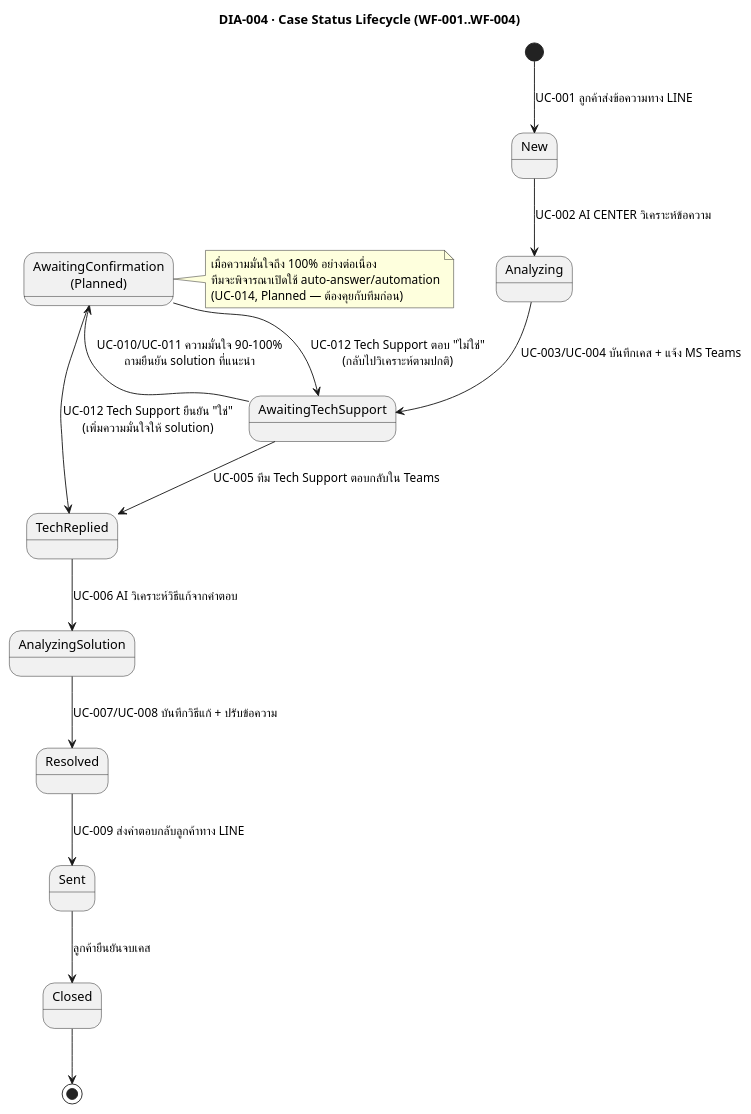
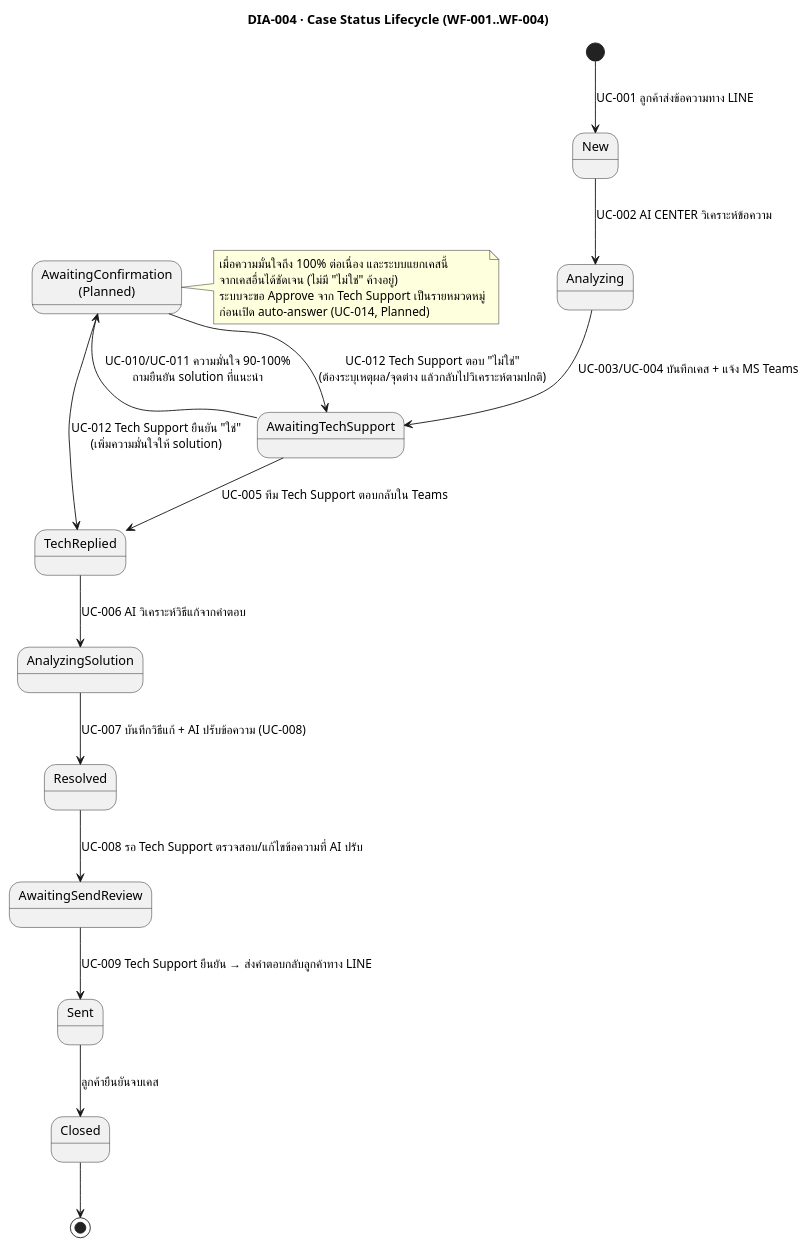
Before and after one commit to develyst1/the-off-ml-project-requirement: the diagram in diagrams/04-case-status-state.puml, drawn with PlantUML. The commit also changed 11 other files, not shown here.

```diff
--- a/diagrams/04-case-status-state.puml
+++ b/diagrams/04-case-status-state.puml
@@ -1,29 +1,31 @@
 @startuml 04-case-status-state
 title DIA-004 · Case Status Lifecycle (WF-001..WF-004)
 skinparam shadowing false
 
 [*] --> New : UC-001 ลูกค้าส่งข้อความทาง LINE
 
 New --> Analyzing : UC-002 AI CENTER วิเคราะห์ข้อความ
 Analyzing --> AwaitingTechSupport : UC-003/UC-004 บันทึกเคส + แจ้ง MS Teams
 
 AwaitingTechSupport --> TechReplied : UC-005 ทีม Tech Support ตอบกลับใน Teams
 TechReplied --> AnalyzingSolution : UC-006 AI วิเคราะห์วิธีแก้จากคำตอบ
-AnalyzingSolution --> Resolved : UC-007/UC-008 บันทึกวิธีแก้ + ปรับข้อความ
-Resolved --> Sent : UC-009 ส่งคำตอบกลับลูกค้าทาง LINE
+AnalyzingSolution --> Resolved : UC-007 บันทึกวิธีแก้ + AI ปรับข้อความ (UC-008)
+Resolved --> AwaitingSendReview : UC-008 รอ Tech Support ตรวจสอบ/แก้ไขข้อความที่ AI ปรับ
+AwaitingSendReview --> Sent : UC-009 Tech Support ยืนยัน → ส่งคำตอบกลับลูกค้าทาง LINE
 Sent --> Closed : ลูกค้ายืนยันจบเคส
 
 state "AwaitingConfirmation\n(Planned)" as AwaitingConfirmation
 AwaitingTechSupport --> AwaitingConfirmation : UC-010/UC-011 ความมั่นใจ 90-100%\nถามยืนยัน solution ที่แนะนำ
 AwaitingConfirmation --> TechReplied : UC-012 Tech Support ยืนยัน "ใช่"\n(เพิ่มความมั่นใจให้ solution)
-AwaitingConfirmation --> AwaitingTechSupport : UC-012 Tech Support ตอบ "ไม่ใช่"\n(กลับไปวิเคราะห์ตามปกติ)
+AwaitingConfirmation --> AwaitingTechSupport : UC-012 Tech Support ตอบ "ไม่ใช่"\n(ต้องระบุเหตุผล/จุดต่าง แล้วกลับไปวิเคราะห์ตามปกติ)
 
 Closed --> [*]
 
 note right of AwaitingConfirmation
-  เมื่อความมั่นใจถึง 100% อย่างต่อเนื่อง
-  ทีมจะพิจารณาเปิดใช้ auto-answer/automation
-  (UC-014, Planned — ต้องคุยกับทีมก่อน)
+  เมื่อความมั่นใจถึง 100% ต่อเนื่อง และระบบแยกเคสนี้
+  จากเคสอื่นได้ชัดเจน (ไม่มี "ไม่ใช่" ค้างอยู่)
+  ระบบจะขอ Approve จาก Tech Support เป็นรายหมวดหมู่
+  ก่อนเปิด auto-answer (UC-014, Planned)
 end note
 
 @enduml
```
